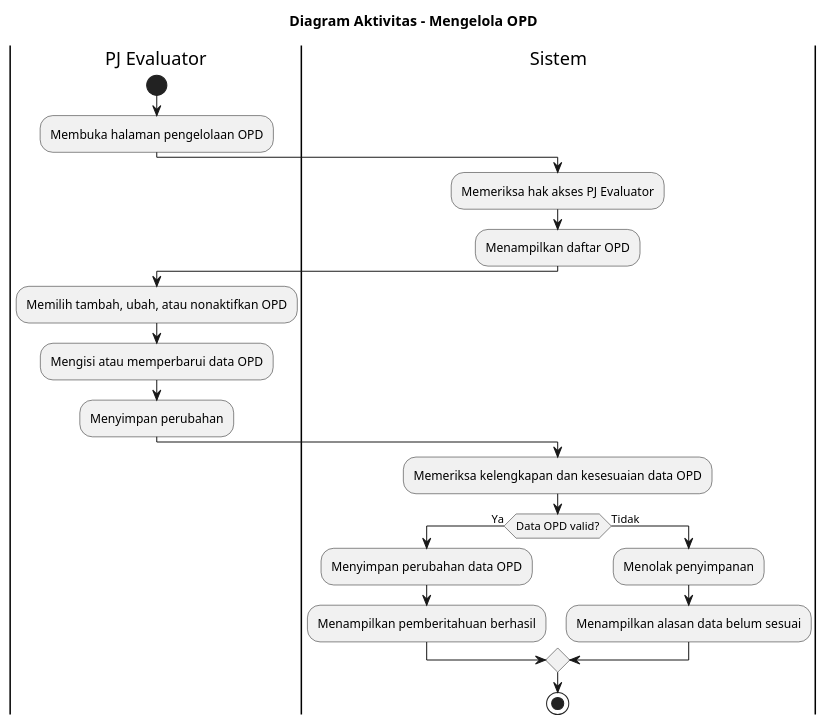
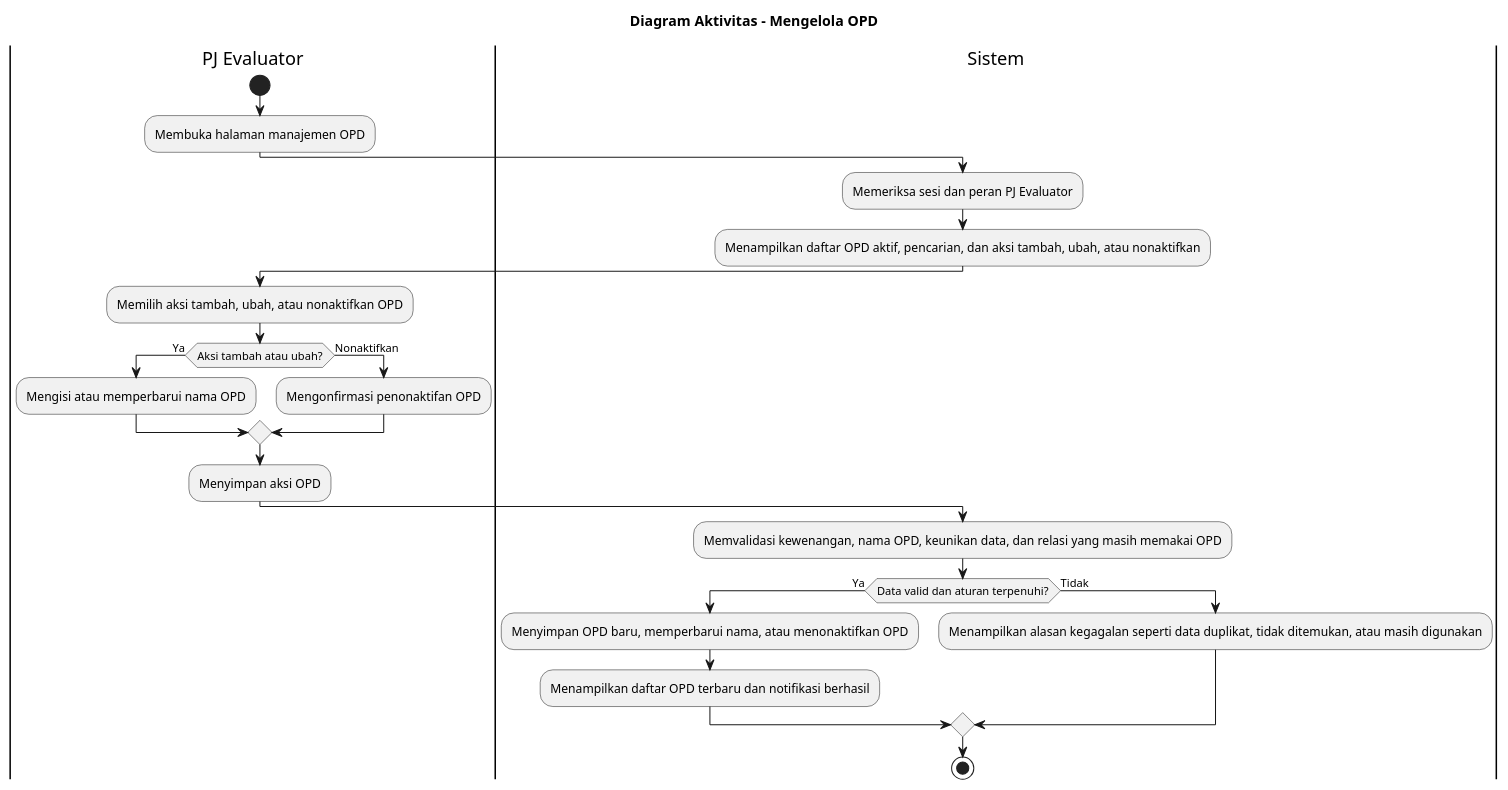
Before and after one commit to howlil/sop-generate-app: the diagram in docs/activity-diagram/lampiran/pj-evaluator-mengelola-opd.md, drawn with PlantUML. The commit also changed other lines of this file and 90 other files, not shown here.

````diff
--- a/docs/activity-diagram/lampiran/pj-evaluator-mengelola-opd.md
+++ b/docs/activity-diagram/lampiran/pj-evaluator-mengelola-opd.md
@@ -16,30 +16,36 @@
 ```plantuml
 @startuml
 title Diagram Aktivitas - Mengelola OPD
 
 |PJ Evaluator|
 start
-:Membuka halaman pengelolaan OPD;
+:Membuka halaman manajemen OPD;
 
 |Sistem|
-:Memeriksa hak akses PJ Evaluator;
-:Menampilkan daftar OPD;
+:Memeriksa sesi dan peran PJ Evaluator;
+:Menampilkan daftar OPD aktif, pencarian, dan aksi tambah, ubah, atau nonaktifkan;
 
 |PJ Evaluator|
-:Memilih tambah, ubah, atau nonaktifkan OPD;
-:Mengisi atau memperbarui data OPD;
-:Menyimpan perubahan;
+:Memilih aksi tambah, ubah, atau nonaktifkan OPD;
+
+if (Aksi tambah atau ubah?) then (Ya)
+  :Mengisi atau memperbarui nama OPD;
+else (Nonaktifkan)
+  :Mengonfirmasi penonaktifan OPD;
+endif
+
+:Menyimpan aksi OPD;
 
 |Sistem|
-:Memeriksa kelengkapan dan kesesuaian data OPD;
-if (Data OPD valid?) then (Ya)
-  :Menyimpan perubahan data OPD;
-  :Menampilkan pemberitahuan berhasil;
+:Memvalidasi kewenangan, nama OPD, keunikan data, dan relasi yang masih memakai OPD;
+
+if (Data valid dan aturan terpenuhi?) then (Ya)
+  :Menyimpan OPD baru, memperbarui nama, atau menonaktifkan OPD;
+  :Menampilkan daftar OPD terbaru dan notifikasi berhasil;
 else (Tidak)
-  :Menolak penyimpanan;
-  :Menampilkan alasan data belum sesuai;
+  :Menampilkan alasan kegagalan seperti data duplikat, tidak ditemukan, atau masih digunakan;
 endif
 
 stop
 @enduml
 ```
````
